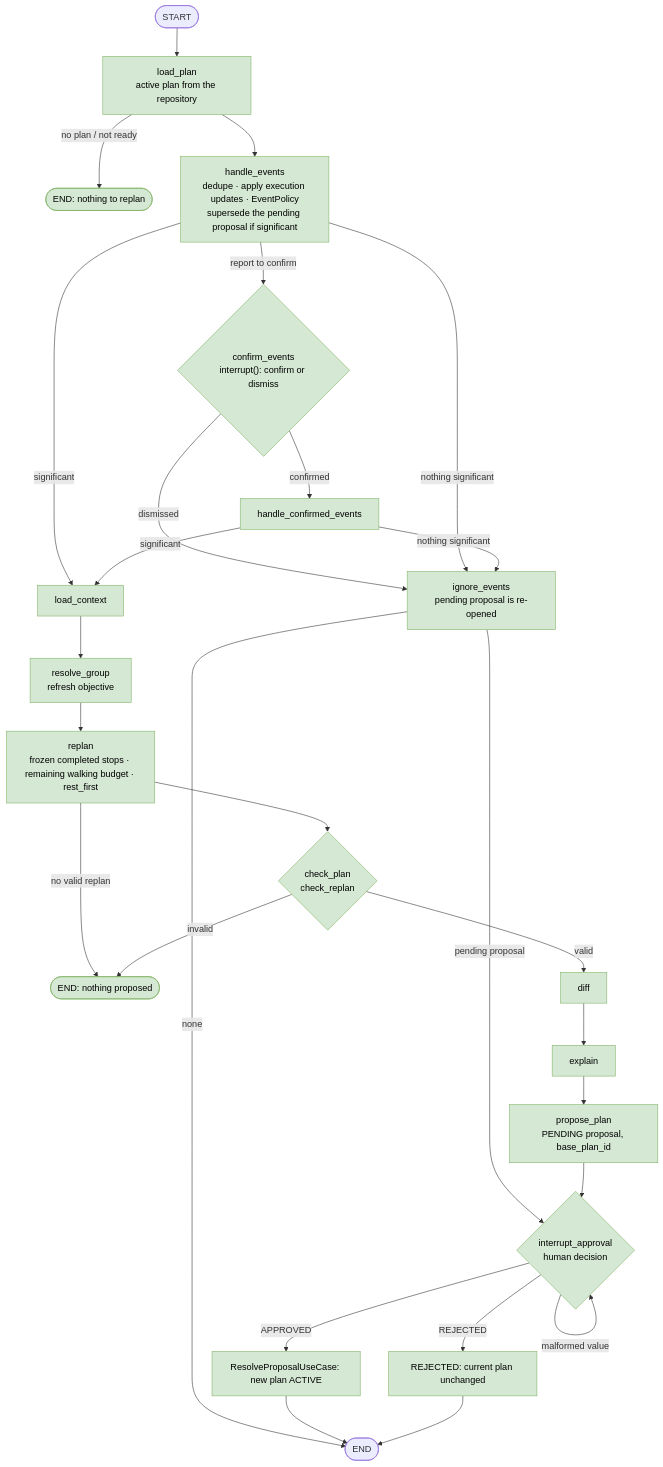
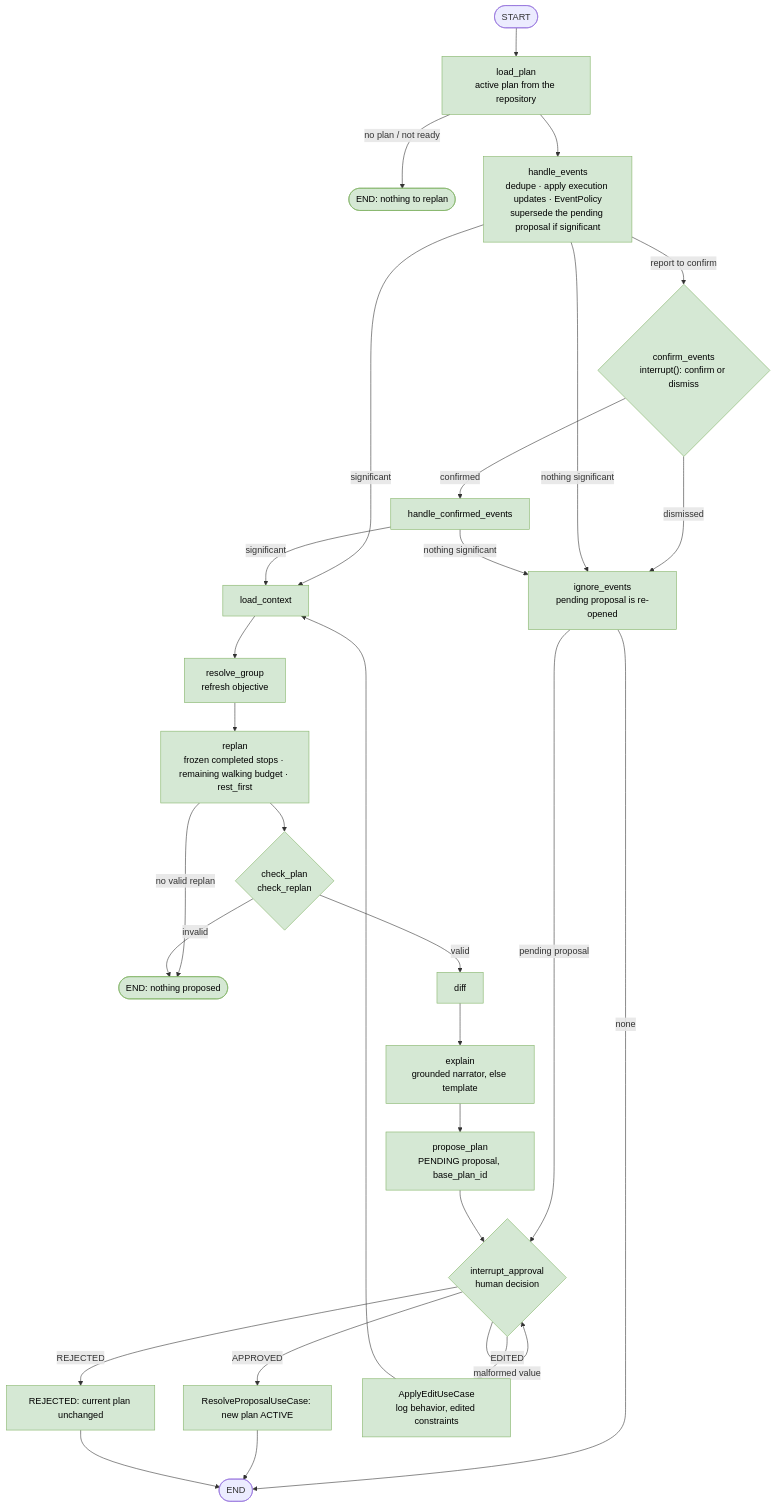
One commit to andrea0727/parkmind-agentic-ai changed the second of 2 diagrams in docs/diagrams/agent-flow.md. Above: the diagram before and after it, drawn with Mermaid. The commit also changed other lines of this file and 2 other files, not shown here.

First line of the commit message:
docs: update architecture and agent diagrams for the merged changes

````diff
--- a/docs/diagrams/agent-flow.md
+++ b/docs/diagrams/agent-flow.md
@@ -61,29 +64,31 @@
 ```mermaid
 flowchart TD
   S([START]) --> LP["load_plan<br/>active plan from the repository"]:::impl
   LP -- no plan / not ready --> NP([END: nothing to replan]):::impl
   LP --> HE["handle_events<br/>dedupe · apply execution updates · EventPolicy<br/>supersede the pending proposal if significant"]:::impl
   HE -- report to confirm --> CE{"confirm_events<br/>interrupt(): confirm or dismiss"}:::impl
   CE -- confirmed --> HC["handle_confirmed_events"]:::impl
   CE -- dismissed --> IG
   HE -- nothing significant --> IG["ignore_events<br/>pending proposal is re-opened"]:::impl
   IG -- pending proposal --> IN
   IG -- none --> Z([END])
   HE -- significant --> LC
   HC -- significant --> LC
   HC -- nothing significant --> IG
   LC["load_context"]:::impl --> RG["resolve_group<br/>refresh objective"]:::impl
   RG --> RP["replan<br/>frozen completed stops · remaining walking budget · rest_first"]:::impl
   RP -- no valid replan --> NV([END: nothing proposed]):::impl
   RP --> CK{"check_plan<br/>check_replan"}:::impl
   CK -- invalid --> NV
-  CK -- valid --> DF["diff"]:::impl --> EX["explain"]:::impl --> PR["propose_plan<br/>PENDING proposal, base_plan_id"]:::impl
+  CK -- valid --> DF["diff"]:::impl --> EX["explain<br/>grounded narrator, else template"]:::impl --> PR["propose_plan<br/>PENDING proposal, base_plan_id"]:::impl
   PR --> IN{"interrupt_approval<br/>human decision"}:::impl
   IN -- APPROVED --> OK["ResolveProposalUseCase: new plan ACTIVE"]:::impl
   IN -- REJECTED --> RJ["REJECTED: current plan unchanged"]:::impl
+  IN -- EDITED --> ED["ApplyEditUseCase<br/>log behavior, edited constraints"]:::impl
+  ED --> LC
   IN -- malformed value --> IN
   OK --> Z
   RJ --> Z
 
   classDef impl fill:#d5e8d4,stroke:#82b366,color:#000
 ```
````
